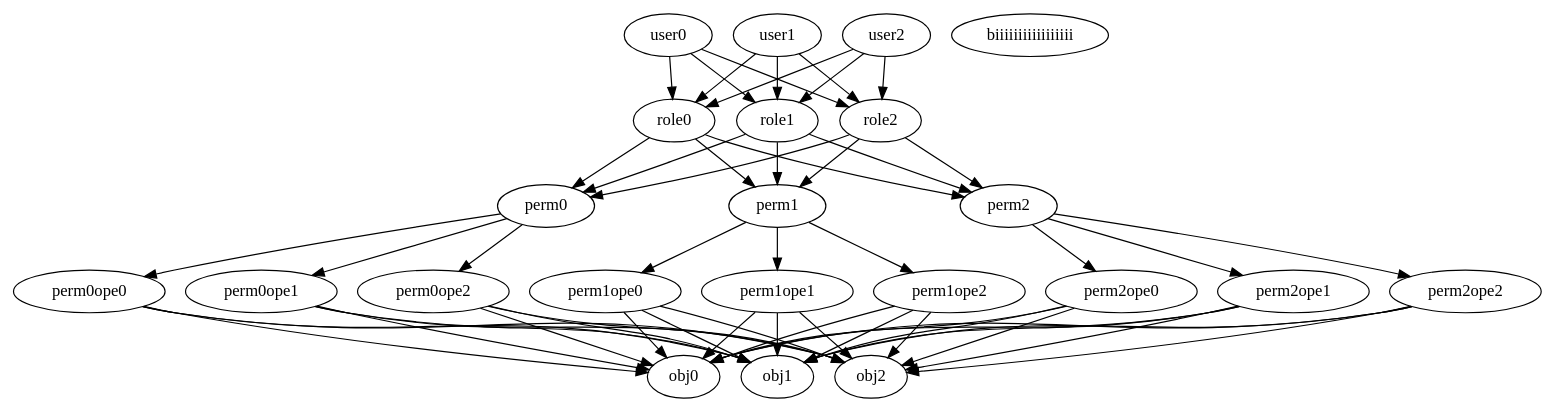
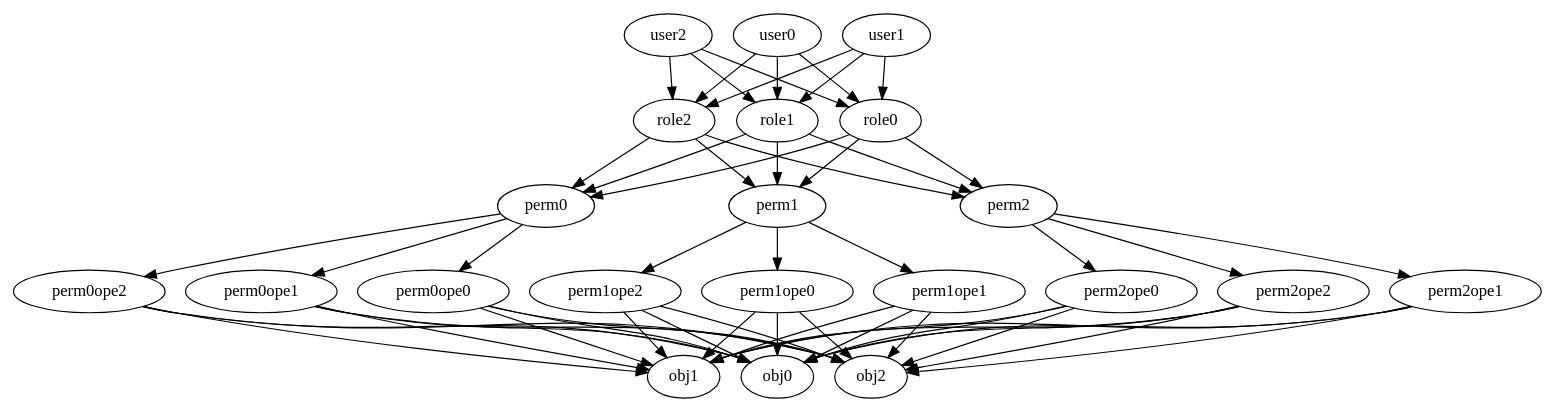
Before and after one commit to dukeboard/kevoree-experiment: the diagram in org.kevoree.experiment.kevoreeAndIncQuery/graphs/ola.dot, drawn with Graphviz. The commit also changed 46 other files, not shown here.

```diff
--- a/org.kevoree.experiment.kevoreeAndIncQuery/graphs/ola.dot
+++ b/org.kevoree.experiment.kevoreeAndIncQuery/graphs/ola.dot
@@ -1,78 +1,77 @@
 digraph G { 
+user2 [color=black shape=ellipse style=solid label=user2  ];
 user0 [color=black shape=ellipse style=solid label=user0  ];
+user1 [color=black shape=ellipse style=solid label=user1  ];
+role2 [color=black shape=ellipse style=solid label=role2  ];
+role1 [color=black shape=ellipse style=solid label=role1  ];
 role0 [color=black shape=ellipse style=solid label=role0  ];
 perm0 [color=black shape=ellipse style=solid label=perm0  ];
+perm1 [color=black shape=ellipse style=solid label=perm1  ];
+perm2 [color=black shape=ellipse style=solid label=perm2  ];
+obj1 [color=black shape=ellipse style=solid label=obj1  ];
 obj0 [color=black shape=ellipse style=solid label=obj0  ];
-user1 [color=black shape=ellipse style=solid label=user1  ];
-role1 [color=black shape=ellipse style=solid label=role1  ];
-perm1 [color=black shape=ellipse style=solid label=perm1  ];
-obj1 [color=black shape=ellipse style=solid label=obj1  ];
-user2 [color=black shape=ellipse style=solid label=user2  ];
-role2 [color=black shape=ellipse style=solid label=role2  ];
-perm2 [color=black shape=ellipse style=solid label=perm2  ];
 obj2 [color=black shape=ellipse style=solid label=obj2  ];
-biiiiiiiiiiiiiiiii [color=black shape=ellipse style=solid label=biiiiiiiiiiiiiiiii  ];
+perm0perm0ope2 [color=black shape=ellipse style=solid label=perm0ope2  ];
+perm0perm0ope1 [color=black shape=ellipse style=solid label=perm0ope1  ];
 perm0perm0ope0 [color=black shape=ellipse style=solid label=perm0ope0  ];
-perm0perm0ope1 [color=black shape=ellipse style=solid label=perm0ope1  ];
-perm0perm0ope2 [color=black shape=ellipse style=solid label=perm0ope2  ];
+perm1perm1ope2 [color=black shape=ellipse style=solid label=perm1ope2  ];
 perm1perm1ope0 [color=black shape=ellipse style=solid label=perm1ope0  ];
 perm1perm1ope1 [color=black shape=ellipse style=solid label=perm1ope1  ];
-perm1perm1ope2 [color=black shape=ellipse style=solid label=perm1ope2  ];
 perm2perm2ope0 [color=black shape=ellipse style=solid label=perm2ope0  ];
+perm2perm2ope2 [color=black shape=ellipse style=solid label=perm2ope2  ];
 perm2perm2ope1 [color=black shape=ellipse style=solid label=perm2ope1  ];
-perm2perm2ope2 [color=black shape=ellipse style=solid label=perm2ope2  ];
+user2 -> role2[constraint=true color=black style=solid];
+user2 -> role1[constraint=true color=black style=solid];
+user2 -> role0[constraint=true color=black style=solid];
+user0 -> role2[constraint=true color=black style=solid];
 user0 -> role0[constraint=true color=black style=solid];
 user0 -> role1[constraint=true color=black style=solid];
-user0 -> role2[constraint=true color=black style=solid];
-role0 -> perm0[constraint=true color=black style=solid];
+user1 -> role1[constraint=true color=black style=solid];
+user1 -> role0[constraint=true color=black style=solid];
+user1 -> role2[constraint=true color=black style=solid];
+role2 -> perm1[constraint=true color=black style=solid];
+role2 -> perm2[constraint=true color=black style=solid];
+role2 -> perm0[constraint=true color=black style=solid];
+role1 -> perm0[constraint=true color=black style=solid];
+role1 -> perm2[constraint=true color=black style=solid];
+role1 -> perm1[constraint=true color=black style=solid];
 role0 -> perm1[constraint=true color=black style=solid];
 role0 -> perm2[constraint=true color=black style=solid];
+role0 -> perm0[constraint=true color=black style=solid];
+perm0 -> perm0perm0ope2[constraint=true color=black style=solid];
+perm0perm0ope2 -> obj1[constraint=true color=black style=solid];
+perm0perm0ope2 -> obj2[constraint=true color=black style=solid];
+perm0perm0ope2 -> obj0[constraint=true color=black style=solid];
+perm0 -> perm0perm0ope1[constraint=true color=black style=solid];
+perm0perm0ope1 -> obj2[constraint=true color=black style=solid];
+perm0perm0ope1 -> obj0[constraint=true color=black style=solid];
+perm0perm0ope1 -> obj1[constraint=true color=black style=solid];
 perm0 -> perm0perm0ope0[constraint=true color=black style=solid];
+perm0perm0ope0 -> obj2[constraint=true color=black style=solid];
 perm0perm0ope0 -> obj0[constraint=true color=black style=solid];
 perm0perm0ope0 -> obj1[constraint=true color=black style=solid];
-perm0perm0ope0 -> obj2[constraint=true color=black style=solid];
-perm0 -> perm0perm0ope1[constraint=true color=black style=solid];
-perm0perm0ope1 -> obj0[constraint=true color=black style=solid];
-perm0perm0ope1 -> obj1[constraint=true color=black style=solid];
-perm0perm0ope1 -> obj2[constraint=true color=black style=solid];
-perm0 -> perm0perm0ope2[constraint=true color=black style=solid];
-perm0perm0ope2 -> obj0[constraint=true color=black style=solid];
-perm0perm0ope2 -> obj1[constraint=true color=black style=solid];
-perm0perm0ope2 -> obj2[constraint=true color=black style=solid];
-user1 -> role0[constraint=true color=black style=solid];
-user1 -> role1[constraint=true color=black style=solid];
-user1 -> role2[constraint=true color=black style=solid];
-role1 -> perm0[constraint=true color=black style=solid];
-role1 -> perm1[constraint=true color=black style=solid];
-role1 -> perm2[constraint=true color=black style=solid];
+perm1 -> perm1perm1ope2[constraint=true color=black style=solid];
+perm1perm1ope2 -> obj1[constraint=true color=black style=solid];
+perm1perm1ope2 -> obj0[constraint=true color=black style=solid];
+perm1perm1ope2 -> obj2[constraint=true color=black style=solid];
 perm1 -> perm1perm1ope0[constraint=true color=black style=solid];
+perm1perm1ope0 -> obj2[constraint=true color=black style=solid];
+perm1perm1ope0 -> obj1[constraint=true color=black style=solid];
 perm1perm1ope0 -> obj0[constraint=true color=black style=solid];
-perm1perm1ope0 -> obj1[constraint=true color=black style=solid];
-perm1perm1ope0 -> obj2[constraint=true color=black style=solid];
 perm1 -> perm1perm1ope1[constraint=true color=black style=solid];
+perm1perm1ope1 -> obj2[constraint=true color=black style=solid];
 perm1perm1ope1 -> obj0[constraint=true color=black style=solid];
 perm1perm1ope1 -> obj1[constraint=true color=black style=solid];
-perm1perm1ope1 -> obj2[constraint=true color=black style=solid];
-perm1 -> perm1perm1ope2[constraint=true color=black style=solid];
-perm1perm1ope2 -> obj0[constraint=true color=black style=solid];
-perm1perm1ope2 -> obj1[constraint=true color=black style=solid];
-perm1perm1ope2 -> obj2[constraint=true color=black style=solid];
-user2 -> role0[constraint=true color=black style=solid];
-user2 -> role1[constraint=true color=black style=solid];
-user2 -> role2[constraint=true color=black style=solid];
-role2 -> perm0[constraint=true color=black style=solid];
-role2 -> perm1[constraint=true color=black style=solid];
-role2 -> perm2[constraint=true color=black style=solid];
 perm2 -> perm2perm2ope0[constraint=true color=black style=solid];
+perm2perm2ope0 -> obj2[constraint=true color=black style=solid];
+perm2perm2ope0 -> obj1[constraint=true color=black style=solid];
 perm2perm2ope0 -> obj0[constraint=true color=black style=solid];
-perm2perm2ope0 -> obj1[constraint=true color=black style=solid];
-perm2perm2ope0 -> obj2[constraint=true color=black style=solid];
+perm2 -> perm2perm2ope2[constraint=true color=black style=solid];
+perm2perm2ope2 -> obj2[constraint=true color=black style=solid];
+perm2perm2ope2 -> obj1[constraint=true color=black style=solid];
+perm2perm2ope2 -> obj0[constraint=true color=black style=solid];
 perm2 -> perm2perm2ope1[constraint=true color=black style=solid];
 perm2perm2ope1 -> obj0[constraint=true color=black style=solid];
 perm2perm2ope1 -> obj1[constraint=true color=black style=solid];
 perm2perm2ope1 -> obj2[constraint=true color=black style=solid];
-perm2 -> perm2perm2ope2[constraint=true color=black style=solid];
-perm2perm2ope2 -> obj0[constraint=true color=black style=solid];
-perm2perm2ope2 -> obj1[constraint=true color=black style=solid];
-perm2perm2ope2 -> obj2[constraint=true color=black style=solid];
 }
```
